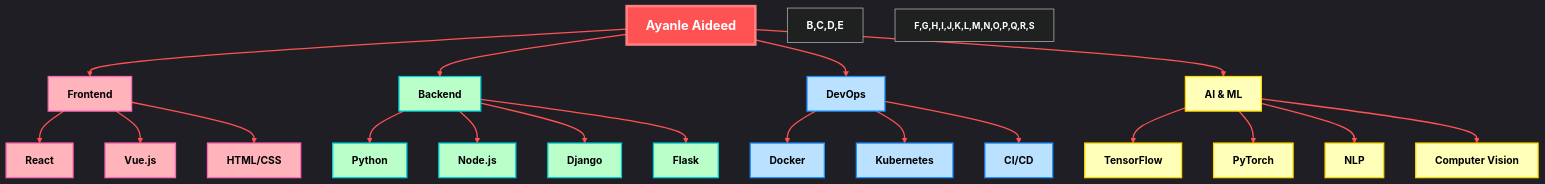
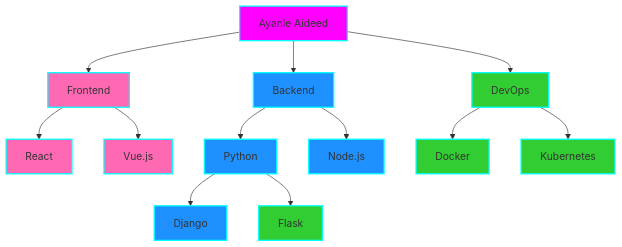
The diagram in README.md (Ayanleaideed/Ayanleaideed), drawn with Mermaid before and after one commit. The commit also changed other lines of this file, not shown here.

````diff
--- a/README.md
+++ b/README.md
@@ -64,36 +89,26 @@
 ```mermaid
 graph TD
-    A[Ayanle Aideed]:::root --> B[Frontend]:::frontend
-    A --> C[Backend]:::backend
-    A --> D[DevOps]:::devops
-    A --> E[AI & ML]:::aiml
-    B --> F[React]:::frontend
-    B --> G[Vue.js]:::frontend
-    B --> H[HTML/CSS]:::frontend
-    C --> I[Python]:::backend
-    C --> J[Node.js]:::backend
-    C --> K[Django]:::backend
-    C --> L[Flask]:::backend
-    D --> M[Docker]:::devops
-    D --> N[Kubernetes]:::devops
-    D --> O[CI/CD]:::devops
-    E --> P[TensorFlow]:::aiml
-    E --> Q[PyTorch]:::aiml
-    E --> R[NLP]:::aiml
-    E --> S[Computer Vision]:::aiml
-
-    classDef root fill:#FF5252,stroke:#FF8080,stroke-width:4px,color:#FFF,font-weight:bold
-    classDef frontend fill:#FFB3BA,stroke:#FF69B4,stroke-width:2px,color:#000
-    classDef backend fill:#BAFFC9,stroke:#00CED1,stroke-width:2px,color:#000
-    classDef devops fill:#BAE1FF,stroke:#1E90FF,stroke-width:2px,color:#000
-    classDef aiml fill:#FFFFBA,stroke:#FFD700,stroke-width:2px,color:#000
-
-    linkStyle default stroke-width:2px,fill:none,stroke:#FF5252
-
-    style A font-size:20px
-    style B,C,D,E font-size:16px
-    style F,G,H,I,J,K,L,M,N,O,P,Q,R,S font-size:14px
-
-%%{init: {'theme': 'dark', 'themeVariables': { 'primaryColor': '#FF5252', 'primaryTextColor': '#fff', 'primaryBorderColor': '#FF8080', 'lineColor': '#F8B229', 'secondaryColor': '#006100', 'tertiaryColor': '#4B0082'}}}%%
-
+    A[Ayanle Aideed] --> B[Frontend]
+    A --> C[Backend]
+    A --> D[DevOps]
+    B --> E[React]
+    B --> F[Vue.js]
+    C --> G[Python]
+    C --> H[Node.js]
+    D --> I[Docker]
+    D --> J[Kubernetes]
+    G --> L[Django]
+    G --> M[Flask]
+    style A fill:#FF00FF,stroke:#00FFFF,stroke-width:2px
+    style B fill:#FF69B4,stroke:#00FFFF,stroke-width:2px
+    style C fill:#1E90FF,stroke:#00FFFF,stroke-width:2px
+    style D fill:#32CD32,stroke:#00FFFF,stroke-width:2px
+    style E fill:#FF69B4,stroke:#00FFFF,stroke-width:2px
+    style F fill:#FF69B4,stroke:#00FFFF,stroke-width:2px
+    style G fill:#1E90FF,stroke:#00FFFF,stroke-width:2px
+    style H fill:#1E90FF,stroke:#00FFFF,stroke-width:2px
+    style I fill:#32CD32,stroke:#00FFFF,stroke-width:2px
+    style J fill:#32CD32,stroke:#00FFFF,stroke-width:2px
+    style L fill:#1E90FF,stroke:#00FFFF,stroke-width:2px
+    style M fill:#32CD32,stroke:#00FFFF,stroke-width:2px
 ```
````
